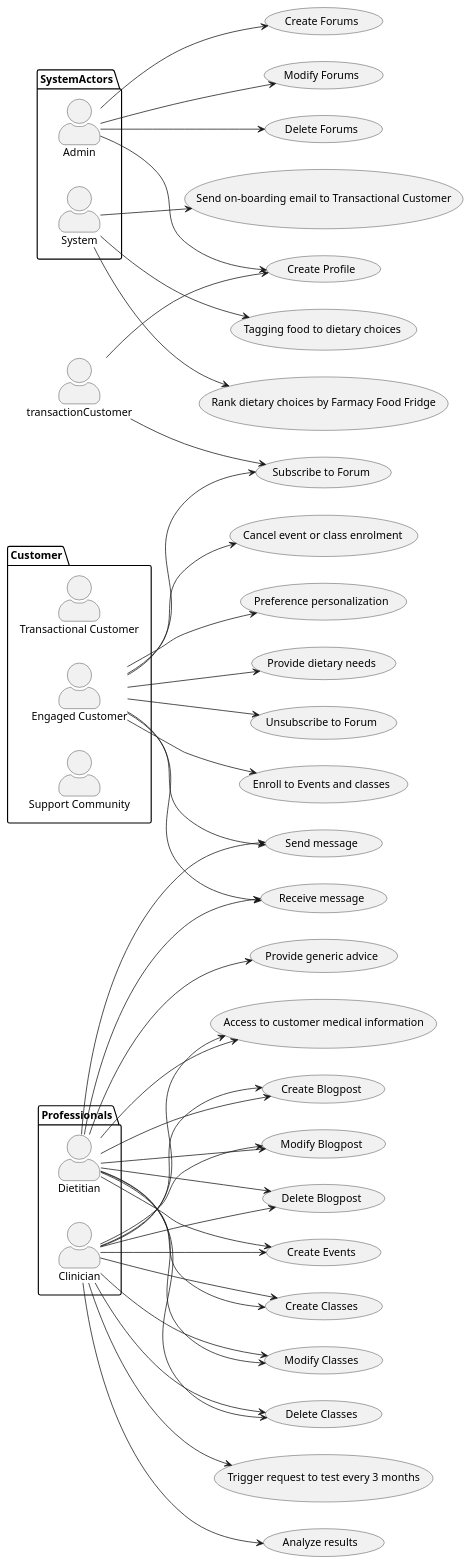
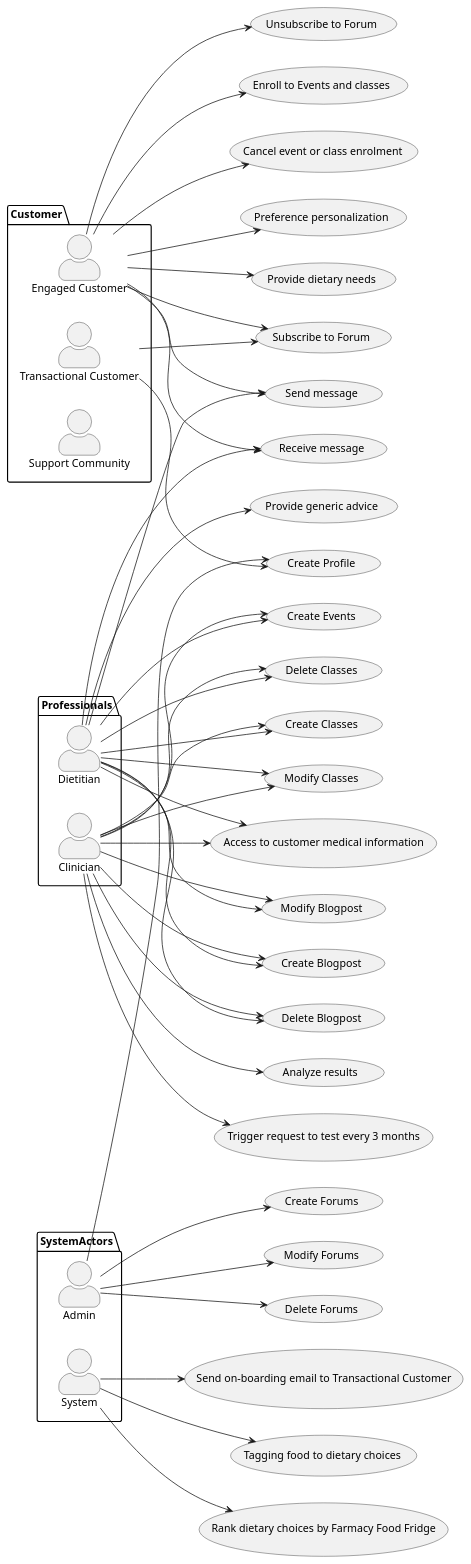
The diagram in diagrams/farmacyFamily-usecases.puml (Arkhamtectures/FarmacyFood), drawn with PlantUML before and after one commit. The commit also changed 1 other file, not shown here.

```diff
--- a/diagrams/farmacyFamily-usecases.puml
+++ b/diagrams/farmacyFamily-usecases.puml
@@ -1,63 +1,64 @@
 @startuml
 'https://plantuml.com/use-case-diagram
 
 skinparam actorStyle awesome
 left to right direction
 
 Package Customer {
 actor "Transactional Customer"  as transactionalCustomer
 actor "Engaged Customer" as engagedCustomer
 actor "Support Community" as supportCommunity
 }
 
 Package SystemActors {
 actor Admin
 actor System
 }
 
 Package Professionals {
 actor Dietitian
 actor Clinician
 }
-transactionCustomer --> (Create Profile)
+
+transactionalCustomer --> (Create Profile)
 Admin --> (Create Profile)
 engagedCustomer --> (Preference personalization)
 engagedCustomer --> (Provide dietary needs)
 Admin --> (Create Forums)
 Admin --> (Modify Forums)
-transactionCustomer --> (Subscribe to Forum)
+transactionalCustomer --> (Subscribe to Forum)
 engagedCustomer --> (Subscribe to Forum)
 engagedCustomer --> (Unsubscribe to Forum)
 Admin --> (Delete Forums)
 
 Dietitian --> (Create Blogpost)
 Clinician --> (Create Blogpost)
 Dietitian --> (Modify Blogpost)
 Clinician --> (Modify Blogpost)
 Dietitian --> (Delete Blogpost)
 Clinician --> (Delete Blogpost)
 
 Dietitian --> (Create Events)
 Clinician --> (Create Events)
 Dietitian --> (Create Classes)
 Clinician --> (Create Classes)
 Dietitian --> (Modify Classes)
 Clinician --> (Modify Classes)
 Dietitian --> (Delete Classes)
 Clinician --> (Delete Classes)
 engagedCustomer --> (Enroll to Events and classes)
 engagedCustomer --> (Cancel event or class enrolment)
 
 Dietitian --> (Provide generic advice)
 Dietitian --> (Access to customer medical information)
 Clinician --> (Access to customer medical information)
 Dietitian --> (Send message)
 engagedCustomer --> (Send message)
 Dietitian --> (Receive message)
 engagedCustomer --> (Receive message)
 System --> (Send on-boarding email to Transactional Customer)
 Clinician --> (Trigger request to test every 3 months)
 Clinician --> (Analyze results )
 System --> (Tagging food to dietary choices)
 System --> (Rank dietary choices by Farmacy Food Fridge)
 @enduml
```
